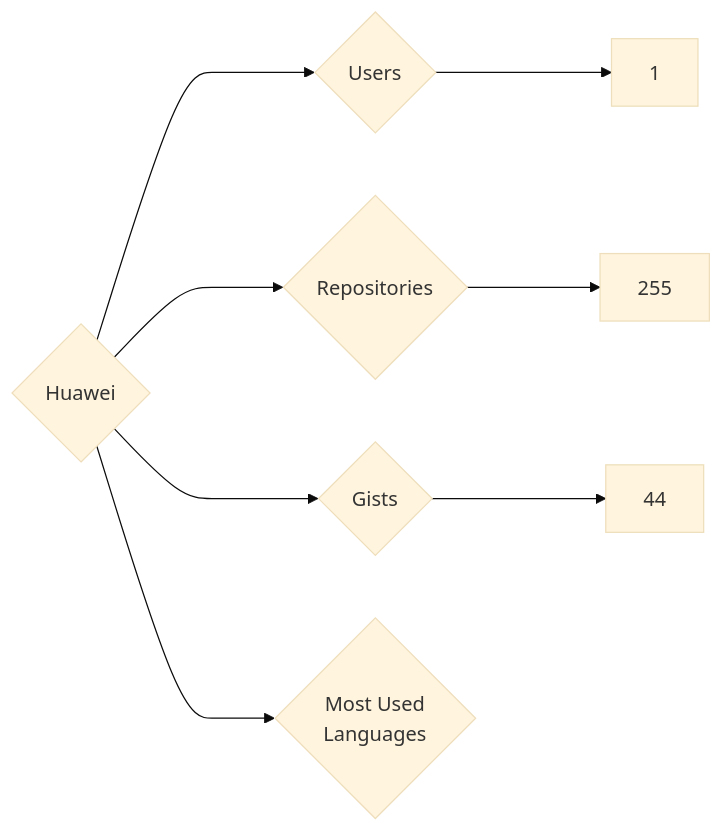
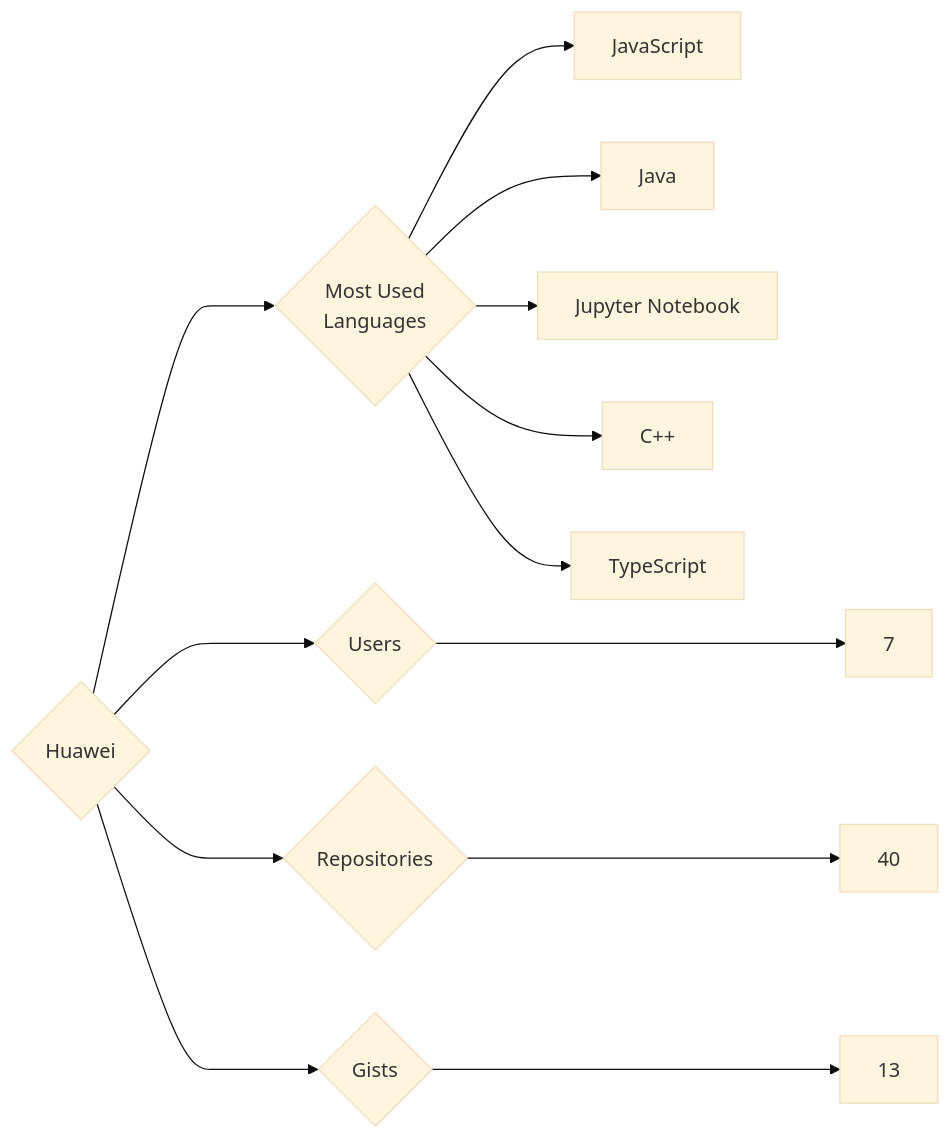
Before and after one commit to trickest/insiders: the diagram in targets/Huawei/README.md, drawn with Mermaid (base theme). The commit also changed 932 other files, not shown here.

````diff
--- a/targets/Huawei/README.md
+++ b/targets/Huawei/README.md
@@ -3,8 +3,13 @@
 ```mermaid
 graph LR
 COMPANY_NAME{Huawei}
-COMPANY_NAME ---> U{Users} ---> UN[1]
-COMPANY_NAME ---> R{Repositories} ---> RN[255]
-COMPANY_NAME ---> G{Gists} ---> GN[44]
+COMPANY_NAME ---> U{Users} ---> UN[7]
+COMPANY_NAME ---> R{Repositories} ---> RN[40]
+COMPANY_NAME ---> G{Gists} ---> GN[13]
 COMPANY_NAME ---> ML{Most Used<br>Languages}
+ML --> JavaScript[JavaScript]
+ML --> Java[Java]
+ML --> Jupyter_Notebook[Jupyter Notebook]
+ML --> C++[C++]
+ML --> TypeScript[TypeScript]
 ```
````
